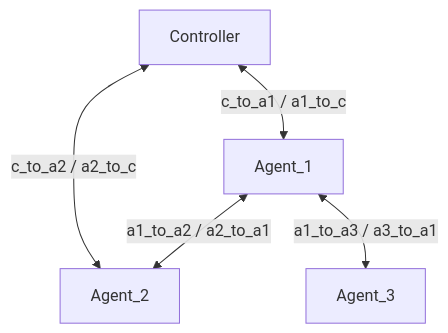
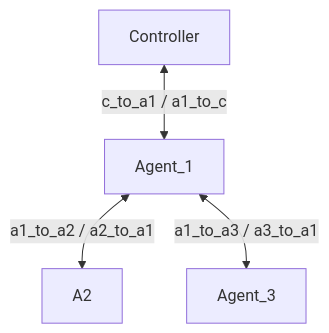
Before and after one commit to cpeter6456/EasyMesh-Topology-Simulation-and-Packet-Parser-Based-on-Linux-Network-Namespaces: the diagram in README.md, drawn with Mermaid.

Commit message:
Update README.md to remove Agent_2 connection
Removed connection between Controller and Agent_2 in the diagram.

````diff
--- a/README.md
+++ b/README.md
@@ -27,7 +27,6 @@
 ```mermaid
 graph TD
     C[Controller] <-->|c_to_a1 / a1_to_c| A1[Agent_1]
-    C <-->|c_to_a2 / a2_to_c| A2[Agent_2]
     A1 <-->|a1_to_a2 / a2_to_a1| A2
     A1 <-->|a1_to_a3 / a3_to_a1| A3[Agent_3]
 ```
````
